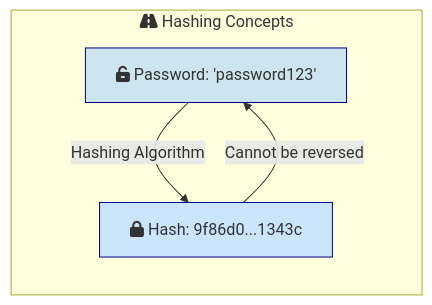
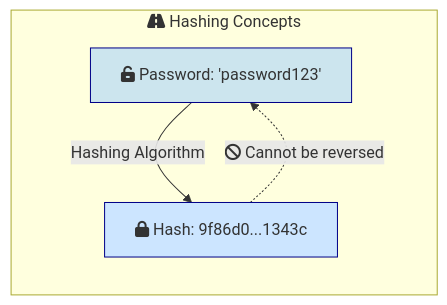
The third of 9 diagrams in _posts/2024-06-30-password-hassing.md (kelvin-bz/blog), drawn with Mermaid before and after one commit. The commit also changed other lines of this file, not shown here.

````diff
--- a/_posts/2024-06-30-password-hassing.md
+++ b/_posts/2024-06-30-password-hassing.md
@@ -46,10 +48,10 @@
 ```mermaid
 graph LR
 subgraph hashingConcepts["fa:fa-road Hashing Concepts"]
     input["fa:fa-unlock-alt Password: 'password123'"] -->|Hashing Algorithm| hashOutput["fa:fa-lock Hash: 9f86d0...1343c"]
-    hashOutput -->|"Cannot be reversed"| input
+    hashOutput -.->|"fa:fa-ban Cannot be reversed"| input
 end
 
 style input fill:#cce5ee,stroke:#008
 style hashOutput fill:#cce5ff,stroke:#008
 ```
````
